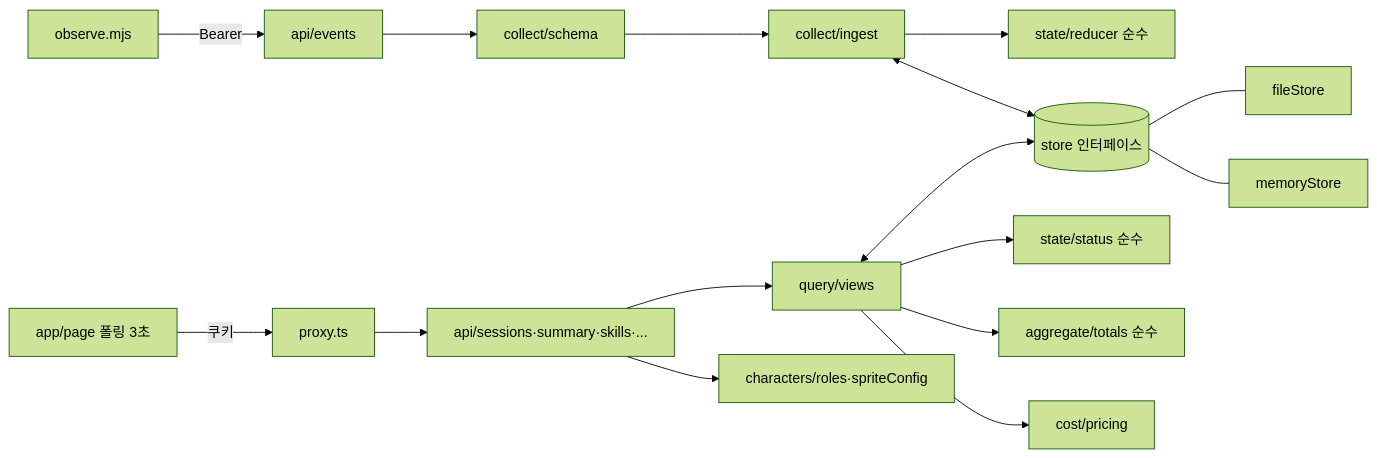
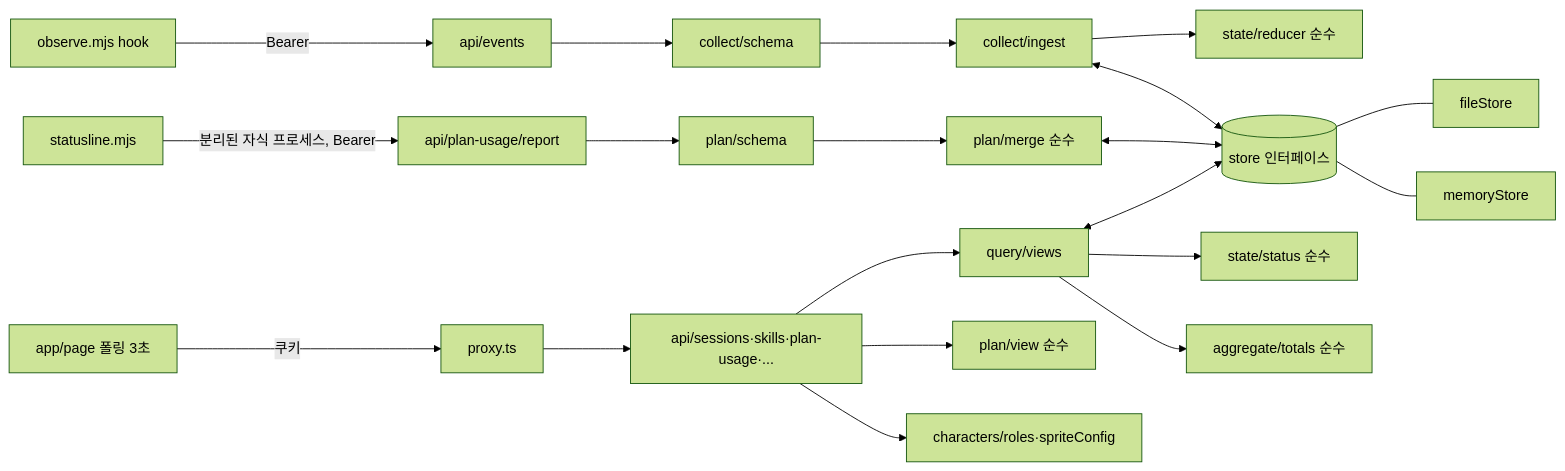
Before and after one commit to winterairy/agent-observer: the first of 2 diagrams in docs/HANDOFF.md, drawn with Mermaid (forest theme). The commit also changed other lines of this file and 1 other file, not shown here.

````diff
--- a/docs/HANDOFF.md
+++ b/docs/HANDOFF.md
@@ -532,12 +545,16 @@
 ```mermaid
 flowchart LR
-  OBS[observe.mjs] -- Bearer --> EV[api/events]
+  OBS[observe.mjs hook] -- Bearer --> EV[api/events]
+  SL[statusline.mjs] -- 분리된 자식 프로세스, Bearer --> PR[api/plan-usage/report]
   EV --> SCH[collect/schema] --> ING[collect/ingest]
-  ING --> RED[state/reducer 순수] 
+  ING --> RED[state/reducer 순수]
+  PR --> PSCH[plan/schema] --> PM[plan/merge 순수]
   ING <--> ST[(store 인터페이스)]
+  PM <--> ST
   ST --- FS[fileStore] & MS[memoryStore]
-  UI[app/page 폴링 3초] -- 쿠키 --> PX[proxy.ts] --> Q[api/sessions·summary·skills·...]
-  Q --> VW[query/views] --> STAT[state/status 순수] & AGG[aggregate/totals 순수] & COST[cost/pricing]
+  UI[app/page 폴링 3초] -- 쿠키 --> PX[proxy.ts] --> Q[api/sessions·skills·plan-usage·...]
+  Q --> VW[query/views] --> STAT[state/status 순수] & AGG[aggregate/totals 순수]
+  Q --> PV[plan/view 순수]
   VW <--> ST
   Q --> CH[characters/roles·spriteConfig]
 ```
````
